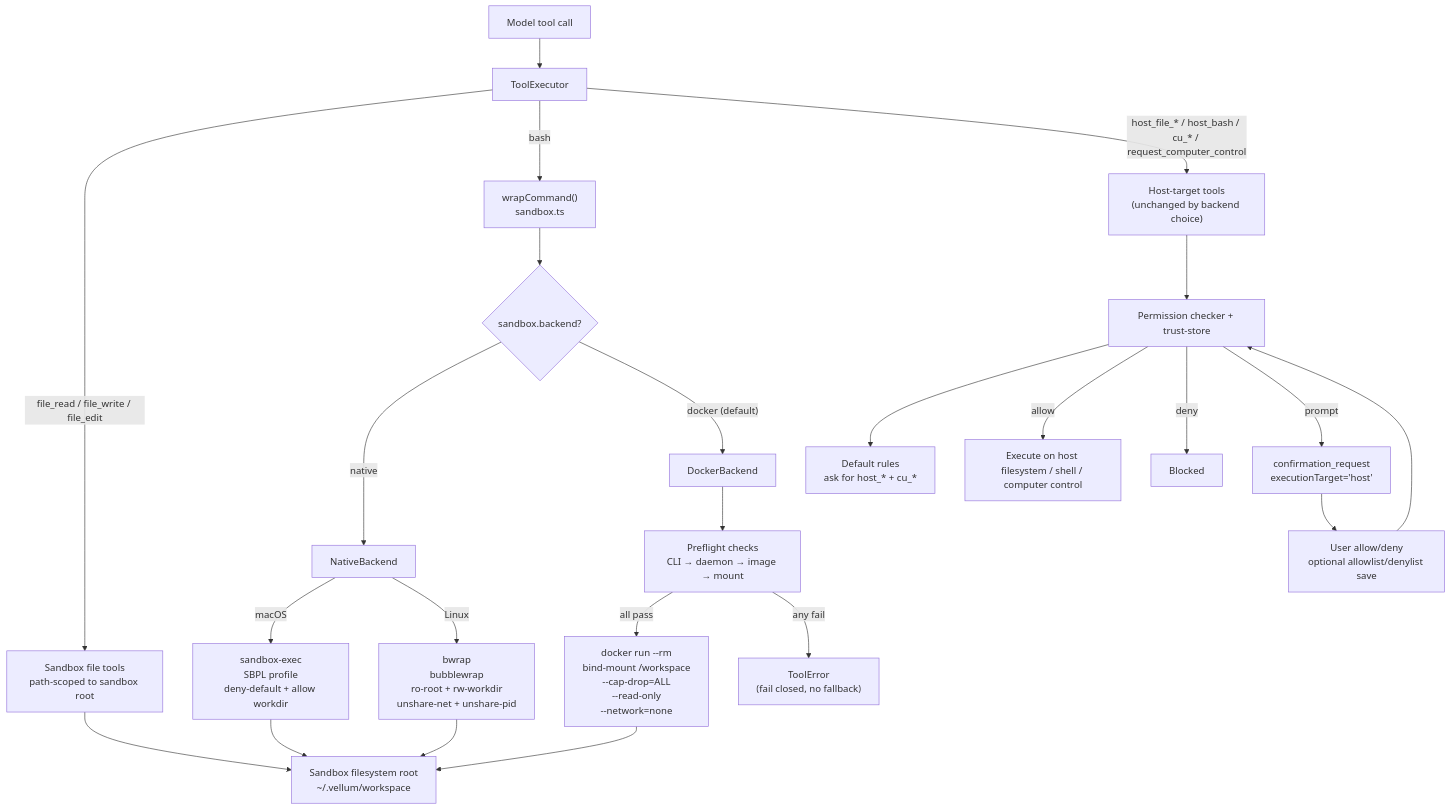
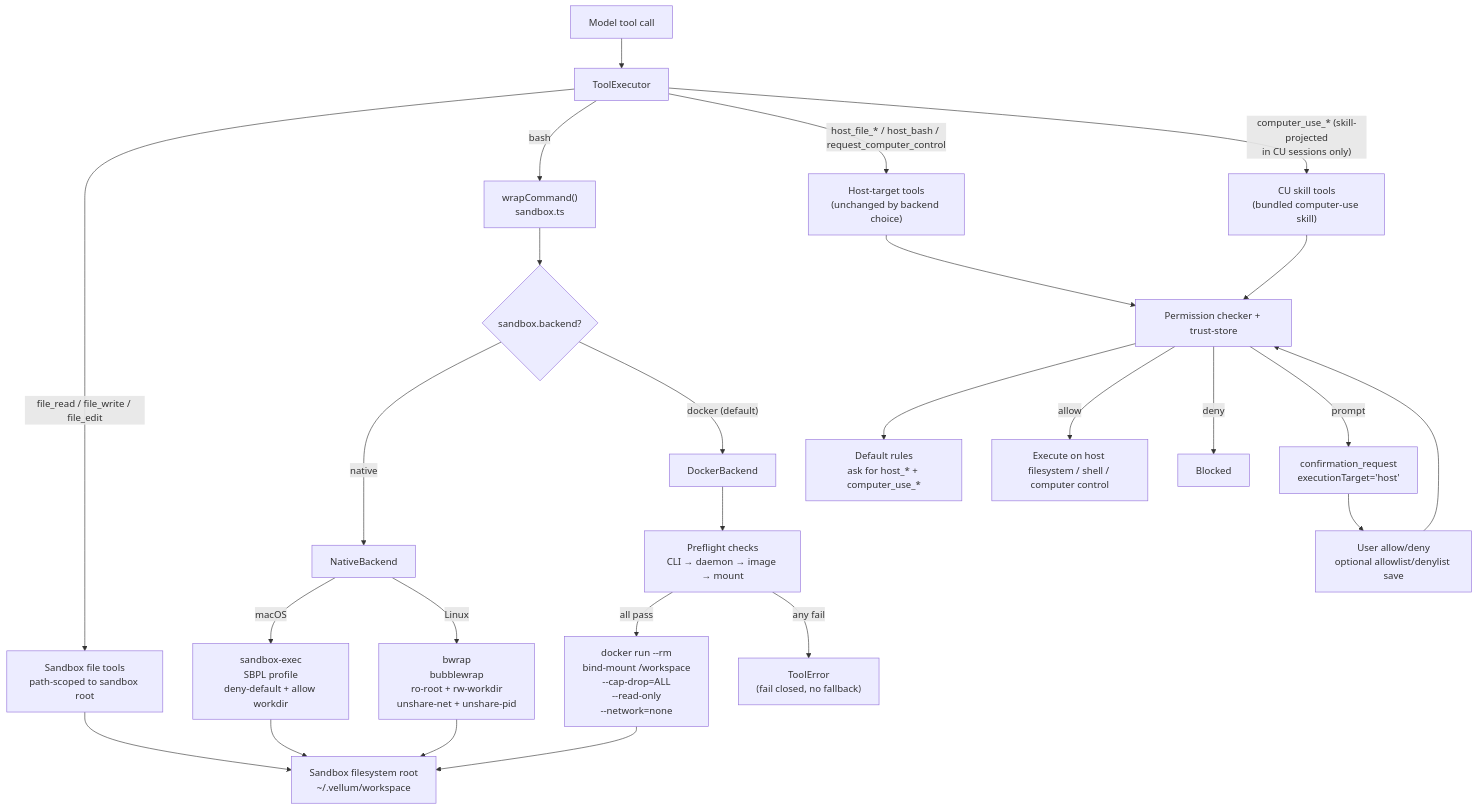
Diagram 16 of 35 in ARCHITECTURE.md (vellum-ai/vellum-assistant), drawn with Mermaid before and after one commit. The commit also changed other lines of this file, not shown here.

First line of the commit message:
docs: update architecture docs for computer-use skill migration

````diff
--- a/ARCHITECTURE.md
+++ b/ARCHITECTURE.md
@@ -1346,32 +1346,34 @@
 ```mermaid
 graph TB
     CALL["Model tool call"] --> EXEC["ToolExecutor"]
 
     EXEC -->|"file_read / file_write / file_edit"| SB_FILE_TOOLS["Sandbox file tools<br/>path-scoped to sandbox root"]
     SB_FILE_TOOLS --> SB_FS
 
     EXEC -->|"bash"| WRAP["wrapCommand()<br/>sandbox.ts"]
 
     WRAP --> BACKEND_CHECK{"sandbox.backend?"}
     BACKEND_CHECK -->|"native"| NATIVE["NativeBackend"]
     BACKEND_CHECK -->|"docker (default)"| DOCKER["DockerBackend"]
 
     NATIVE -->|"macOS"| SBPL["sandbox-exec<br/>SBPL profile<br/>deny-default + allow workdir"]
     NATIVE -->|"Linux"| BWRAP["bwrap<br/>bubblewrap<br/>ro-root + rw-workdir<br/>unshare-net + unshare-pid"]
     SBPL --> SB_FS["Sandbox filesystem root<br/>~/.vellum/workspace"]
     BWRAP --> SB_FS
 
     DOCKER --> PREFLIGHT["Preflight checks<br/>CLI → daemon → image → mount"]
     PREFLIGHT -->|"all pass"| CONTAINER["docker run --rm<br/>bind-mount /workspace<br/>--cap-drop=ALL<br/>--read-only<br/>--network=none"]
     PREFLIGHT -->|"any fail"| FAIL_CLOSED["ToolError<br/>(fail closed, no fallback)"]
     CONTAINER --> SB_FS
 
-    EXEC -->|"host_file_* / host_bash / cu_* / request_computer_control"| HOST_TOOLS["Host-target tools<br/>(unchanged by backend choice)"]
+    EXEC -->|"host_file_* / host_bash / request_computer_control"| HOST_TOOLS["Host-target tools<br/>(unchanged by backend choice)"]
+    EXEC -->|"computer_use_* (skill-projected<br/>in CU sessions only)"| SKILL_CU_TOOLS["CU skill tools<br/>(bundled computer-use skill)"]
     HOST_TOOLS --> CHECK["Permission checker + trust-store"]
-    CHECK --> DEFAULTS["Default rules<br/>ask for host_* + cu_*"]
+    SKILL_CU_TOOLS --> CHECK
+    CHECK --> DEFAULTS["Default rules<br/>ask for host_* + computer_use_*"]
     CHECK -->|"allow"| HOST_EXEC["Execute on host filesystem / shell / computer control"]
     CHECK -->|"deny"| BLOCK["Blocked"]
     CHECK -->|"prompt"| PROMPT["confirmation_request<br/>executionTarget='host'"]
     PROMPT --> USER["User allow/deny<br/>optional allowlist/denylist save"]
     USER --> CHECK
 ```
````
